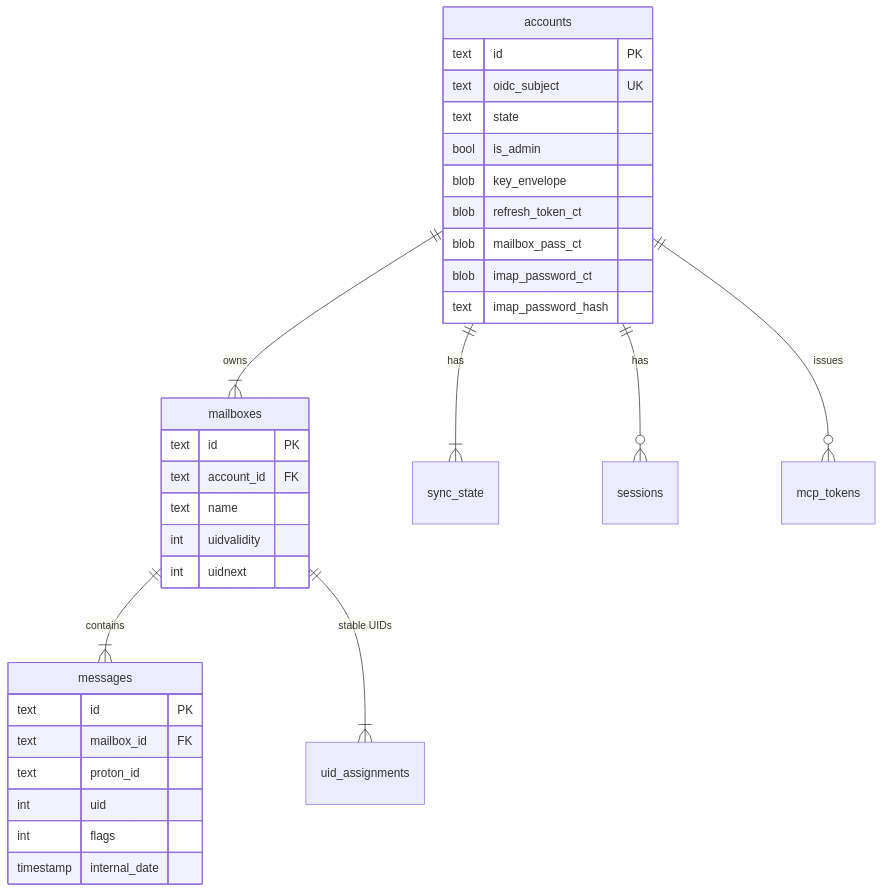
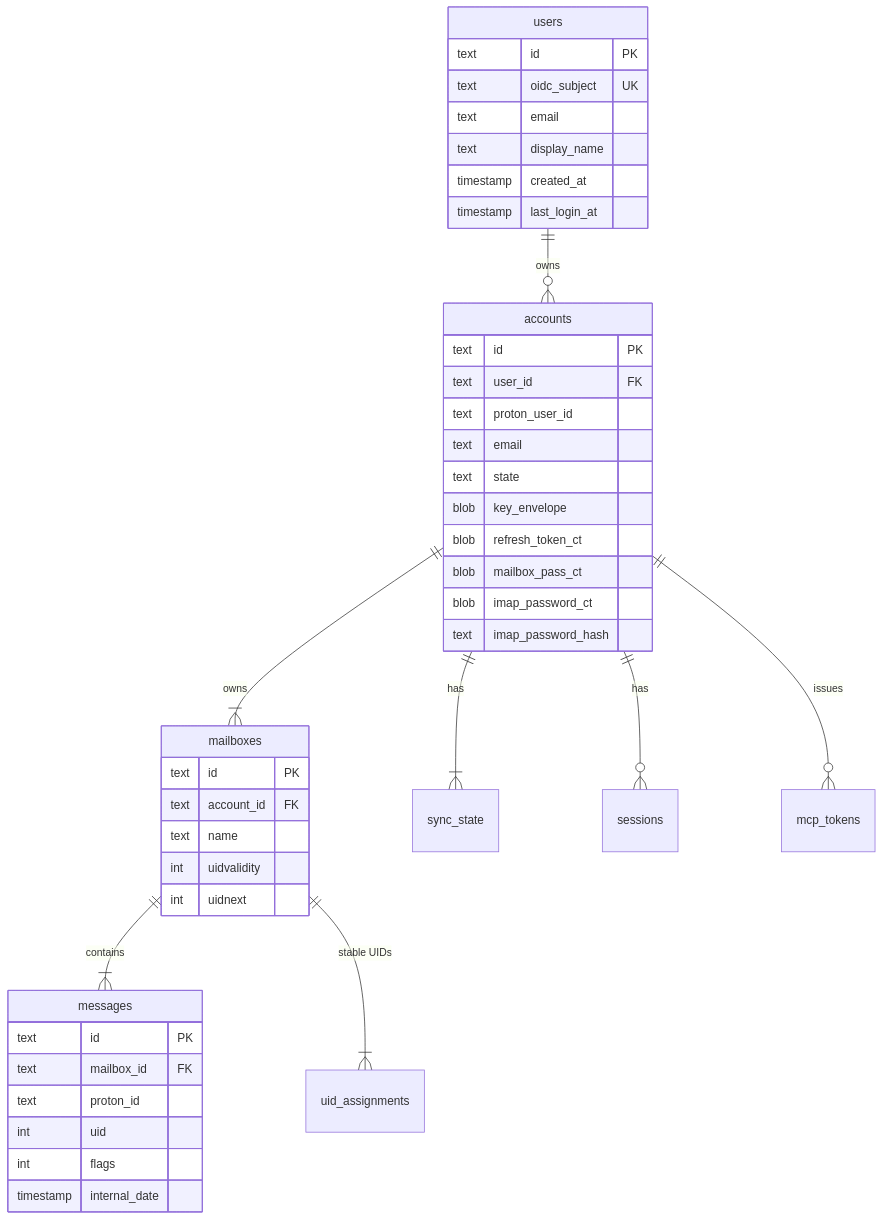
The diagram in docs/adrs/ADR-0006-sqlite-persistent-store.md (joestump/reduit), drawn with Mermaid before and after one commit. The commit also changed other lines of this file and 12 other files, not shown here.

First line of the commit message:
docs: ADR-0010 + spec amendments for multi-Proton-account-per-user (#59)

````diff
--- a/docs/adrs/ADR-0006-sqlite-persistent-store.md
+++ b/docs/adrs/ADR-0006-sqlite-persistent-store.md
@@ -125,36 +140,46 @@
 ```mermaid
 erDiagram
+    users ||--o{ accounts : "owns"
     accounts ||--|{ mailboxes : "owns"
     accounts ||--|{ sync_state : "has"
     accounts ||--o{ sessions : "has"
     accounts ||--o{ mcp_tokens : "issues"
     mailboxes ||--|{ messages : "contains"
     mailboxes ||--|{ uid_assignments : "stable UIDs"
 
+    users {
+        text id PK
+        text oidc_subject UK
+        text email
+        text display_name
+        timestamp created_at
+        timestamp last_login_at
+    }
     accounts {
         text id PK
-        text oidc_subject UK
+        text user_id FK
+        text proton_user_id
+        text email
         text state
-        bool is_admin
         blob key_envelope
         blob refresh_token_ct
         blob mailbox_pass_ct
         blob imap_password_ct
         text imap_password_hash
     }
     mailboxes {
         text id PK
         text account_id FK
         text name
         int uidvalidity
         int uidnext
     }
     messages {
         text id PK
         text mailbox_id FK
         text proton_id
         int uid
         int flags
         timestamp internal_date
     }
 ```
````
